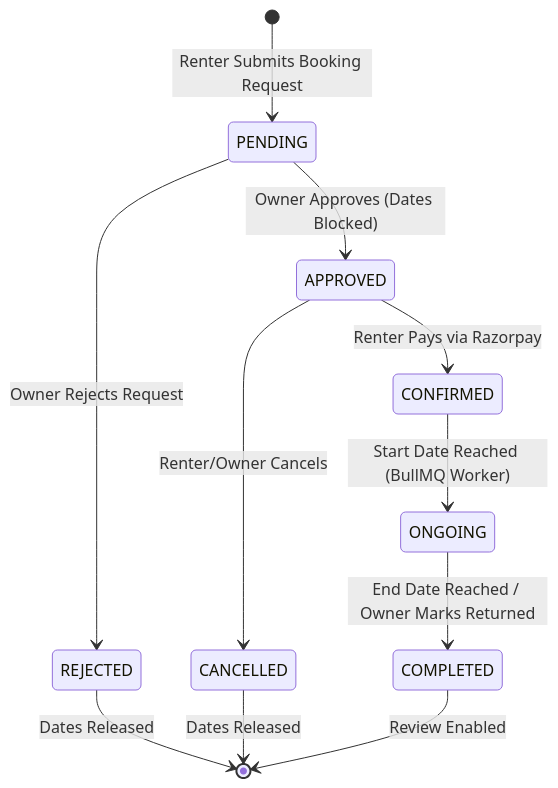
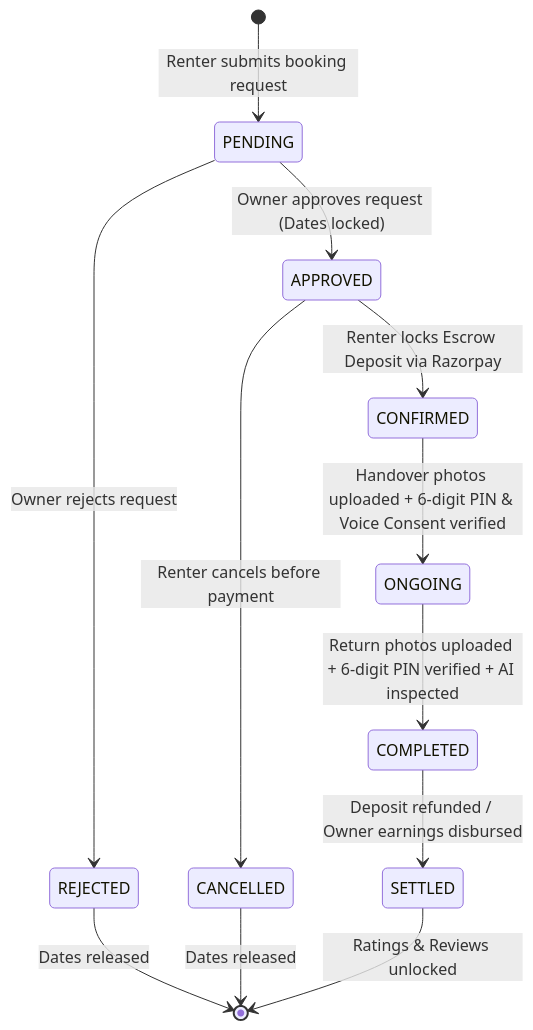
The seventh of 7 diagrams in ReadMe.md (priyanshuraj20/Rentora), drawn with Mermaid before and after one commit. The commit also changed other lines of this file and 118 other files, not shown here.

````diff
--- a/ReadMe.md
+++ b/ReadMe.md
@@ -392,13 +289,14 @@
 ```mermaid
 stateDiagram-v2
-    [*] --> PENDING: Renter Submits Booking Request
-    PENDING --> REJECTED: Owner Rejects Request
-    PENDING --> APPROVED: Owner Approves (Dates Blocked)
-    APPROVED --> CONFIRMED: Renter Pays via Razorpay
-    APPROVED --> CANCELLED: Renter/Owner Cancels
-    CONFIRMED --> ONGOING: Start Date Reached (BullMQ Worker)
-    ONGOING --> COMPLETED: End Date Reached / Owner Marks Returned
-    REJECTED --> [*]: Dates Released
-    CANCELLED --> [*]: Dates Released
-    COMPLETED --> [*]: Review Enabled
+    [*] --> PENDING: Renter submits booking request
+    PENDING --> REJECTED: Owner rejects request
+    PENDING --> APPROVED: Owner approves request (Dates locked)
+    APPROVED --> CANCELLED: Renter cancels before payment
+    APPROVED --> CONFIRMED: Renter locks Escrow Deposit via Razorpay
+    CONFIRMED --> ONGOING: Handover photos uploaded + 6-digit PIN & Voice Consent verified
+    ONGOING --> COMPLETED: Return photos uploaded + 6-digit PIN verified + AI inspected
+    COMPLETED --> SETTLED: Deposit refunded / Owner earnings disbursed
+    SETTLED --> [*]: Ratings & Reviews unlocked
+    REJECTED --> [*]: Dates released
+    CANCELLED --> [*]: Dates released
 ```
````
